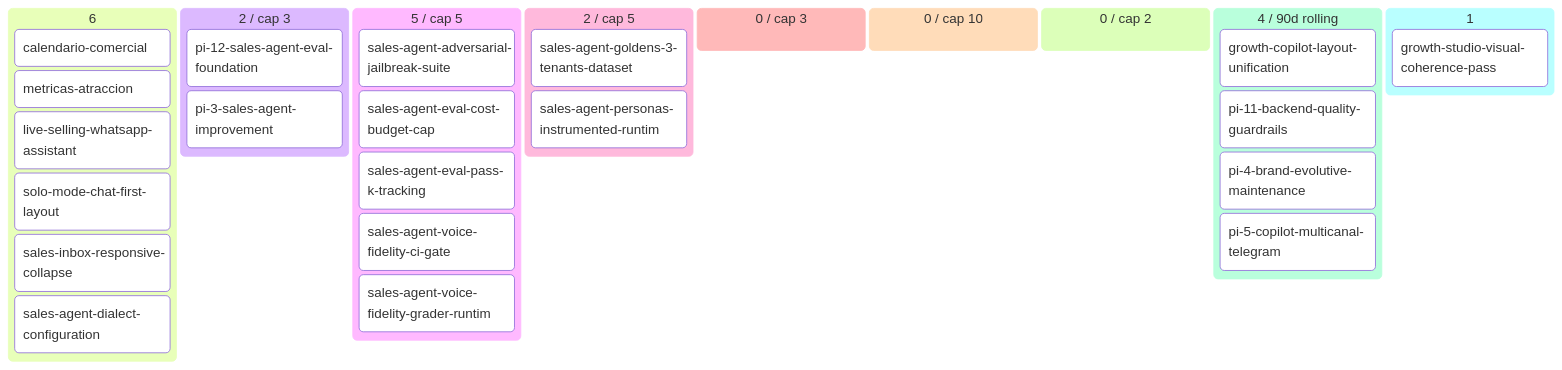
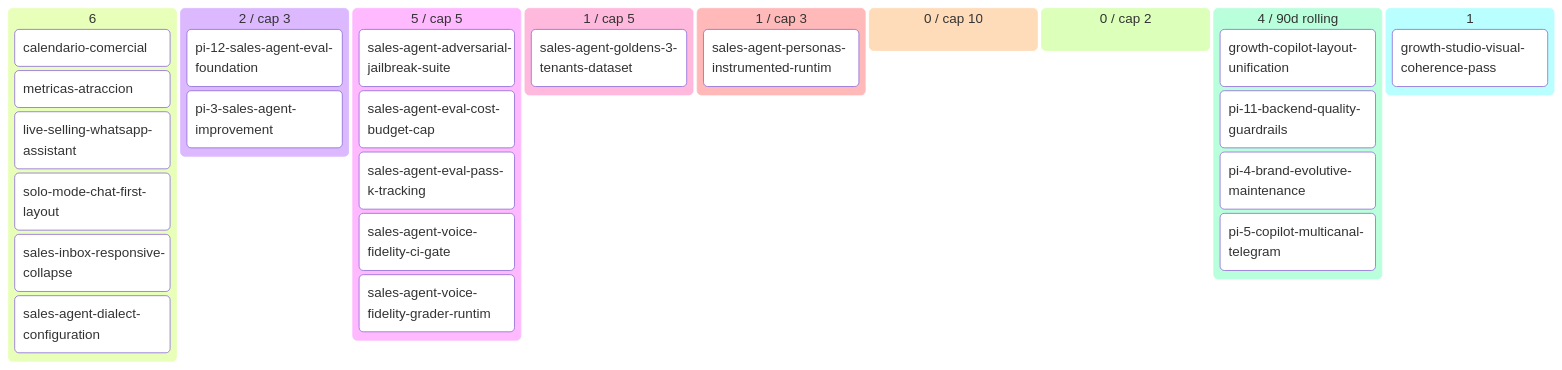
The diagram in docs/product/BACKLOG.md (alpacapurpura/ap_sales_agent), drawn with Mermaid before and after one commit. The commit also changed other lines of this file and 25 other files, not shown here.

````diff
--- a/docs/product/BACKLOG.md
+++ b/docs/product/BACKLOG.md
@@ -56,32 +55,32 @@
 ```mermaid
 kanban
   💡 Ideas (6)
     calendario-comercial[calendario-comercial]
     metricas-atraccion[metricas-atraccion]
     live-selling-whatsapp-assistan[live-selling-whatsapp-assistant]
     solo-mode-chat-first-layout[solo-mode-chat-first-layout]
     sales-inbox-responsive-collaps[sales-inbox-responsive-collapse]
     sales-agent-dialect-configurat[sales-agent-dialect-configuration]
   🔬 Refining (2 / cap 3)
     pi-12-sales-agent-eval-foundat[pi-12-sales-agent-eval-foundation]
     pi-3-sales-agent-improvement[pi-3-sales-agent-improvement]
   ✅ Refined (5 / cap 5)
     sales-agent-adversarial-jailbr[sales-agent-adversarial-jailbreak-suite]
     sales-agent-eval-cost-budget-c[sales-agent-eval-cost-budget-cap]
     sales-agent-eval-pass-k-tracki[sales-agent-eval-pass-k-tracking]
     sales-agent-voice-fidelity-ci-[sales-agent-voice-fidelity-ci-gate]
     sales-agent-voice-fidelity-gra[sales-agent-voice-fidelity-grader-runtim]
-  📦 Ready (2 / cap 5)
+  📦 Ready (1 / cap 5)
     sales-agent-goldens-3-tenants-[sales-agent-goldens-3-tenants-dataset]
+  🔨 Developing (1 / cap 3)
     sales-agent-personas-instrumen[sales-agent-personas-instrumented-runtim]
-  🔨 Developing (0 / cap 3)
   🧪 Developed (0 / cap 10)
   🔍 Reviewing (0 / cap 2)
   ✅ Done (4 / 90d rolling)
     growth-copilot-layout-unificat[growth-copilot-layout-unification]
     pi-11-backend-quality-guardrai[pi-11-backend-quality-guardrails]
     pi-4-brand-evolutive-maintenan[pi-4-brand-evolutive-maintenance]
     pi-5-copilot-multicanal-telegr[pi-5-copilot-multicanal-telegram]
   🅿 Parked (1)
     growth-studio-visual-coherence[growth-studio-visual-coherence-pass]
 ```
````
